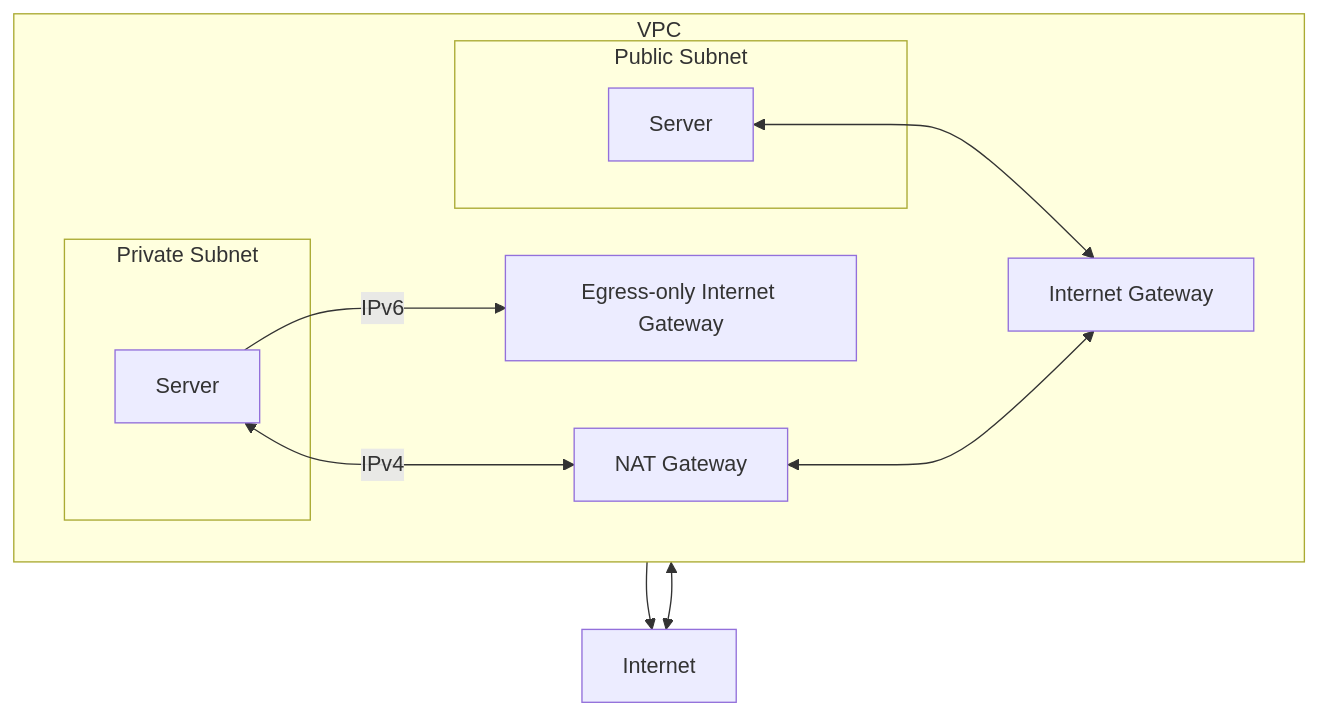
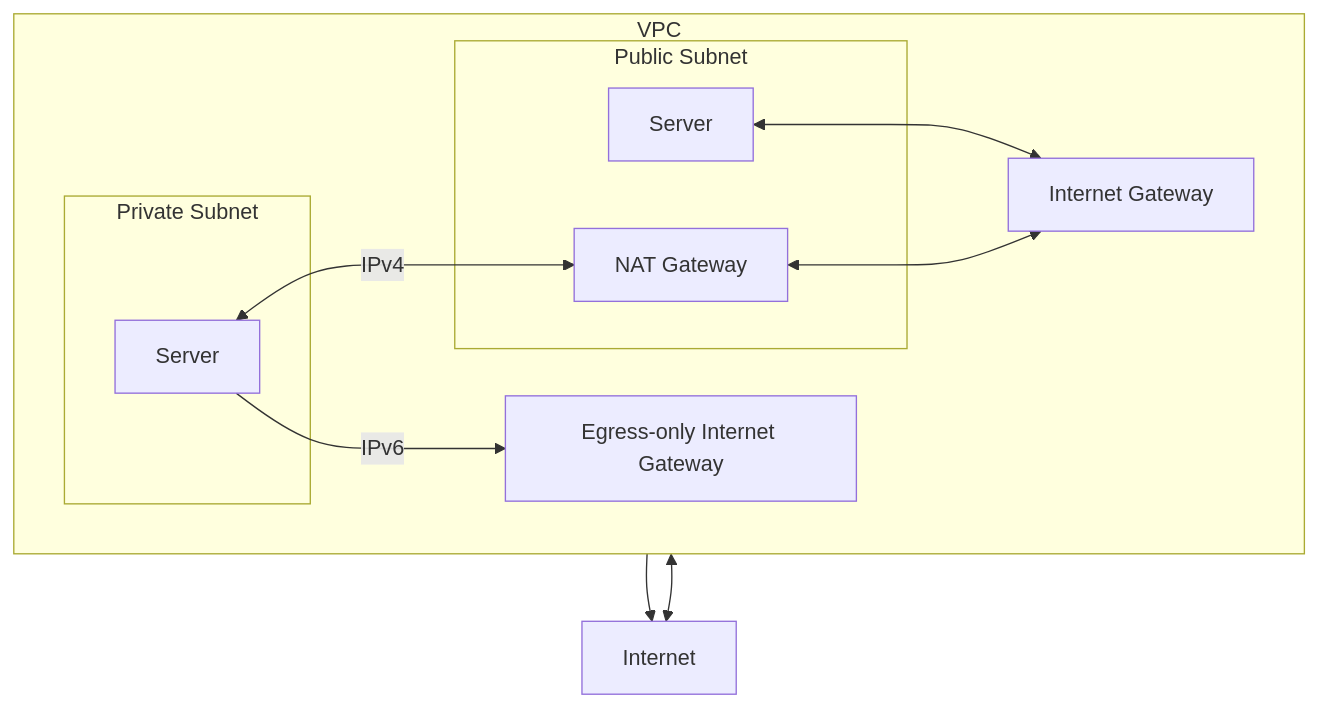
One commit to cool21540125/documentation-notes changed the sixth of 7 diagrams in aws/VPC.md. Above: the diagram before and after it, drawn with Mermaid. The commit also changed other lines of this file and 22 other files, not shown here.

````diff
--- a/aws/VPC.md
+++ b/aws/VPC.md
@@ -606,25 +343,25 @@
 ```mermaid
 flowchart TB
 
 ii["Internet"]
 
 subgraph VPC
     direction LR
-    nat["NAT Gateway"]
     subgraph Public Subnet
+        nat["NAT Gateway"]
         srv1["Server"]
     end
     subgraph Private Subnet
         srv2["Server"]
     end
     igw["Internet Gateway"]
     egw["Egress-only Internet Gateway"]
 end
 
 srv1 <--> igw;
 nat <--> igw;
 srv2 <-- IPv4 --> nat;
 srv2 -- IPv6 --> egw;
 egw --> ii;
 igw <--> ii;
 ```
````
